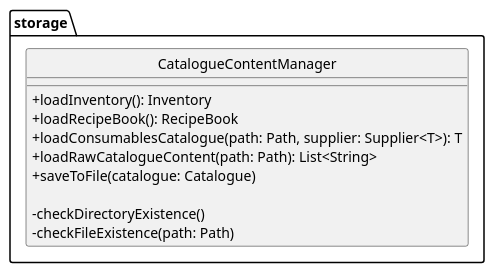
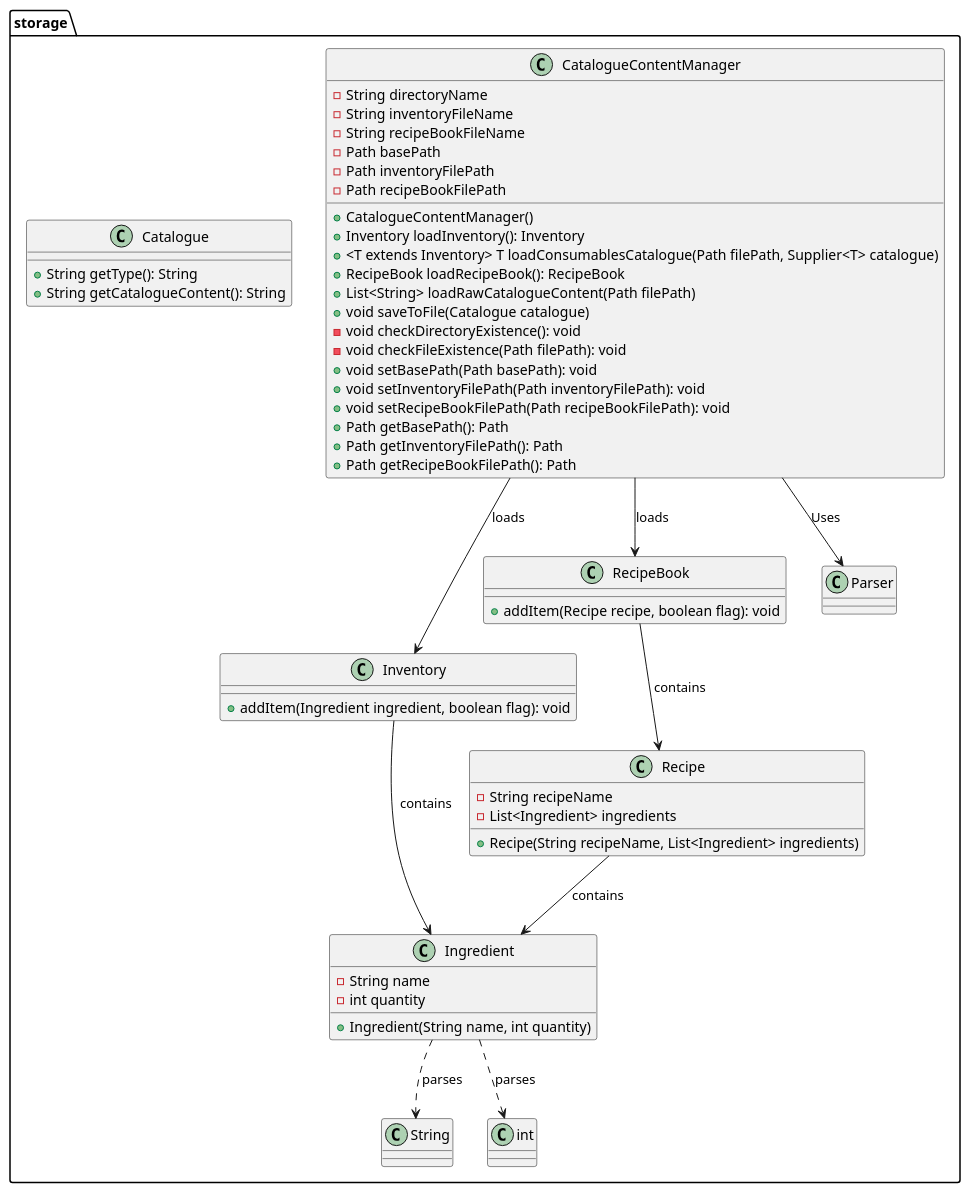
The diagram in docs/diagrams/storage.puml (ChingWhee/tp), drawn with PlantUML before and after one commit. The commit also changed 7 other files, not shown here.

Commit message:
uml diagram

```diff
--- a/docs/diagrams/storage.puml
+++ b/docs/diagrams/storage.puml
@@ -1,18 +1,63 @@
 @startuml
-hide circle
-skinparam classAttributeIconSize 0
 
-package "storage" {
+package storage {
     class CatalogueContentManager {
-        + loadInventory(): Inventory
-        + loadRecipeBook(): RecipeBook
-        + loadConsumablesCatalogue(path: Path, supplier: Supplier<T>): T
-        + loadRawCatalogueContent(path: Path): List<String>
-        + saveToFile(catalogue: Catalogue)
+        - String directoryName
+        - String inventoryFileName
+        - String recipeBookFileName
+        - Path basePath
+        - Path inventoryFilePath
+        - Path recipeBookFilePath
+        + CatalogueContentManager()
+        + Inventory loadInventory(): Inventory
+        + <T extends Inventory> T loadConsumablesCatalogue(Path filePath, Supplier<T> catalogue)
+        + RecipeBook loadRecipeBook(): RecipeBook
+        + List<String> loadRawCatalogueContent(Path filePath)
+        + void saveToFile(Catalogue catalogue)
+        - void checkDirectoryExistence(): void
+        - void checkFileExistence(Path filePath): void
+        + void setBasePath(Path basePath): void
+        + void setInventoryFilePath(Path inventoryFilePath): void
+        + void setRecipeBookFilePath(Path recipeBookFilePath): void
+        + Path getBasePath(): Path
+        + Path getInventoryFilePath(): Path
+        + Path getRecipeBookFilePath(): Path
+    }
 
-        - checkDirectoryExistence()
-        - checkFileExistence(path: Path)
+    class Inventory {
+        + addItem(Ingredient ingredient, boolean flag): void
     }
+
+    class RecipeBook {
+        + addItem(Recipe recipe, boolean flag): void
+    }
+
+    class Ingredient {
+        - String name
+        - int quantity
+        + Ingredient(String name, int quantity)
+    }
+
+    class Recipe {
+        - String recipeName
+        - List<Ingredient> ingredients
+        + Recipe(String recipeName, List<Ingredient> ingredients)
+    }
+
+    class Catalogue {
+        + String getType(): String
+        + String getCatalogueContent(): String
+    }
+
+    CatalogueContentManager --> Inventory : loads
+    CatalogueContentManager --> RecipeBook : loads
+    Inventory --> Ingredient : contains
+    RecipeBook --> Recipe : contains
+    Recipe --> Ingredient : contains
+    Ingredient ..> String : parses
+    Ingredient ..> int : parses
+
+    CatalogueContentManager --> "Parser" : Uses
 }
 
 @enduml
```
